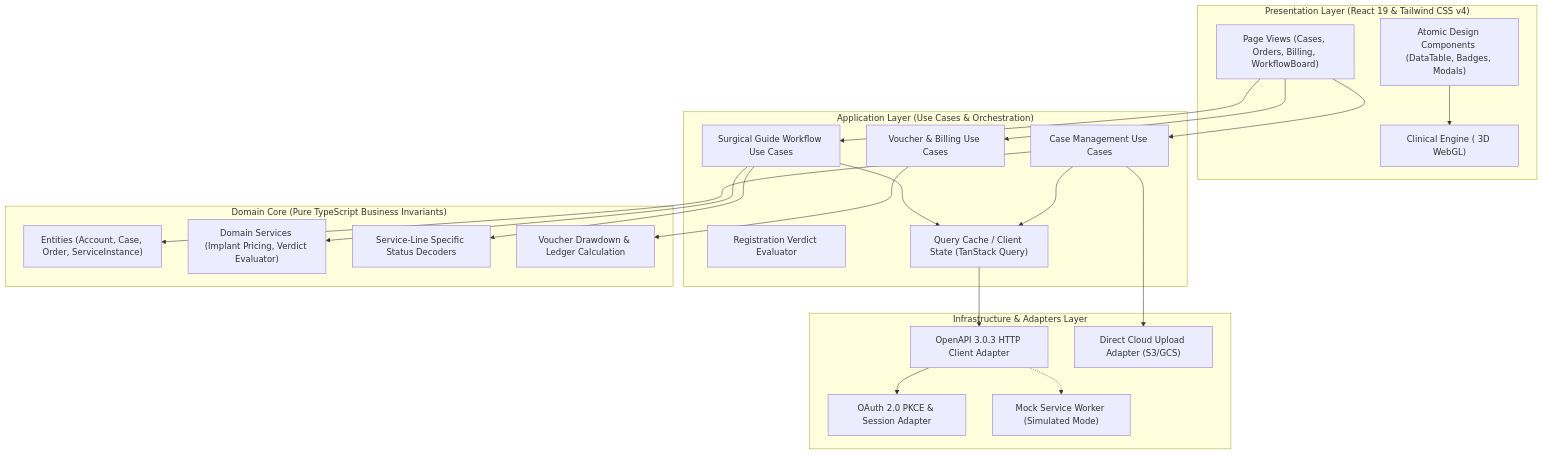
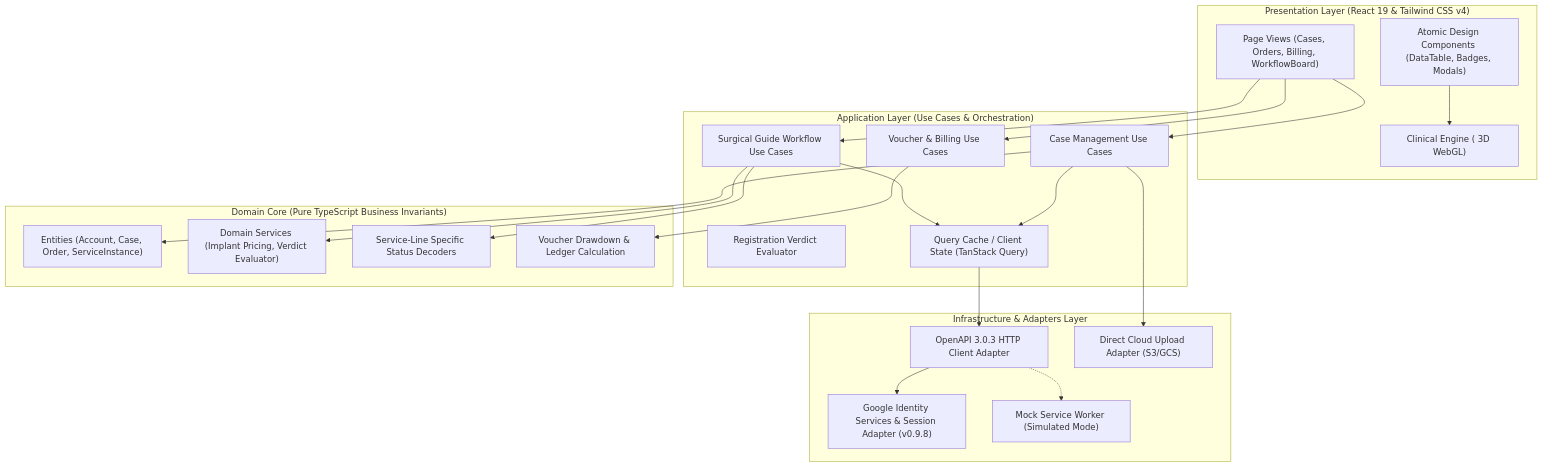
One commit to Abdo2000-1/newcp-ui-option-a changed the first of 11 diagrams in docs/01_PROJECT/SDS.md. Above: the diagram before and after it, drawn with Mermaid. The commit also changed other lines of this file and 7 other files, not shown here.

````diff
--- a/docs/01_PROJECT/SDS.md
+++ b/docs/01_PROJECT/SDS.md
@@ -67,45 +67,45 @@
 ```mermaid
 graph TD
     subgraph Presentation_Layer ["Presentation Layer (React 19 & Tailwind CSS v4)"]
         UI_Pages["Page Views (Cases, Orders, Billing, WorkflowBoard)"]
         UI_Comps["Atomic Design Components (DataTable, Badges, Modals)"]
         CAD_Engine["Clinical Engine (<TeethChart /> 3D WebGL)"]
     end
 
     subgraph Application_Layer ["Application Layer (Use Cases & Orchestration)"]
         CaseUC["Case Management Use Cases"]
         SgUC["Surgical Guide Workflow Use Cases"]
         RegUC["Registration Verdict Evaluator"]
         BillUC["Voucher & Billing Use Cases"]
         CacheStore["Query Cache / Client State (TanStack Query)"]
     end
 
     subgraph Domain_Layer ["Domain Core (Pure TypeScript Business Invariants)"]
         DomainEntities["Entities (Account, Case, Order, ServiceInstance)"]
         DomainServices["Domain Services (Implant Pricing, Verdict Evaluator)"]
         StatusDecoders["Service-Line Specific Status Decoders"]
         LedgerRules["Voucher Drawdown & Ledger Calculation"]
     end
 
     subgraph Infrastructure_Layer ["Infrastructure & Adapters Layer"]
         HttpAdapter["OpenAPI 3.0.3 HTTP Client Adapter"]
-        AuthAdapter["OAuth 2.0 PKCE & Session Adapter"]
+        AuthAdapter["Google Identity Services & Session Adapter (v0.9.8)"]
         MswAdapter["Mock Service Worker (Simulated Mode)"]
         StorageAdapter["Direct Cloud Upload Adapter (S3/GCS)"]
     end
 
     UI_Pages --> CaseUC
     UI_Pages --> SgUC
     UI_Pages --> BillUC
     UI_Comps --> CAD_Engine
     CaseUC --> DomainEntities
     SgUC --> DomainServices
     SgUC --> StatusDecoders
     BillUC --> LedgerRules
     CaseUC --> CacheStore
     SgUC --> CacheStore
     CacheStore --> HttpAdapter
     HttpAdapter -.-> MswAdapter
     HttpAdapter --> AuthAdapter
     CaseUC --> StorageAdapter
 ```
````
